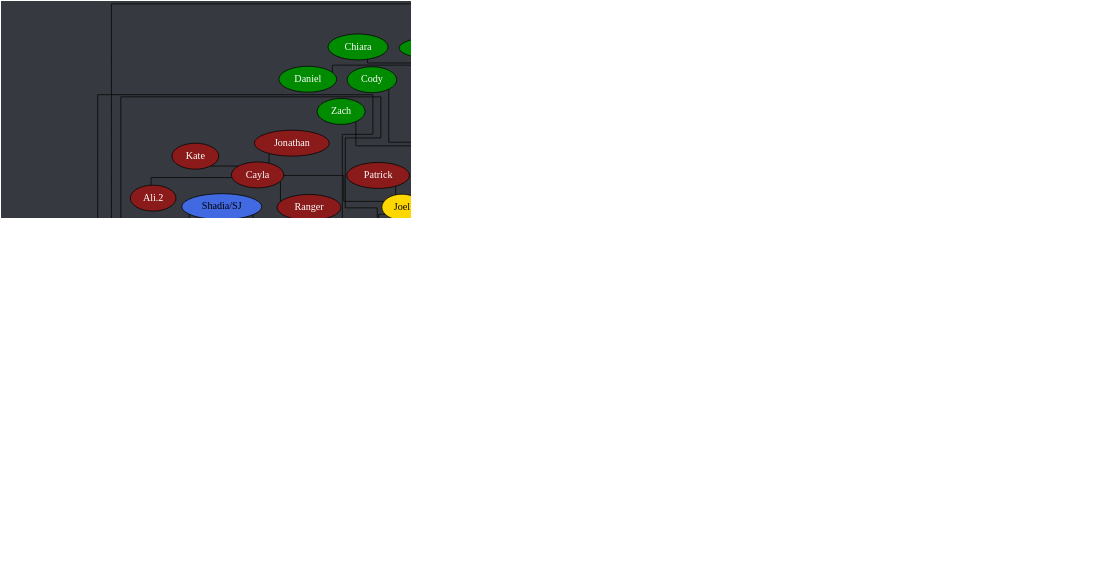
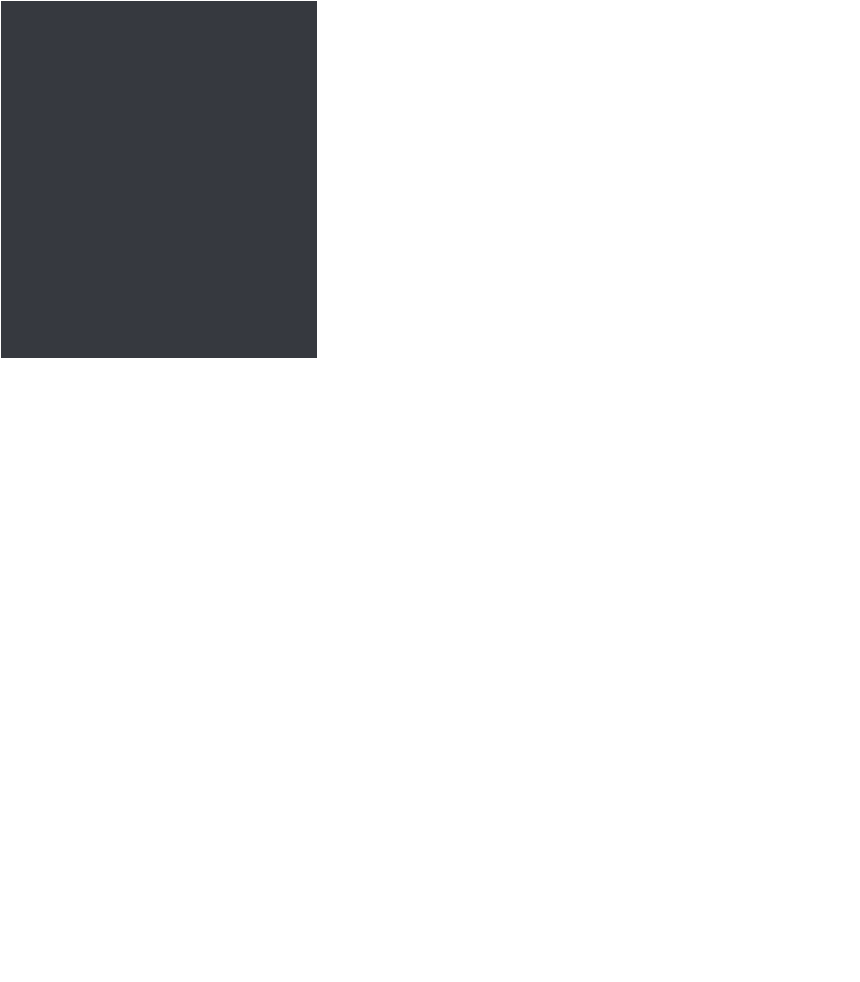
Before and after one commit to Documidas/CoronaCatzFamilyTree: the diagram in tree.dot, drawn with Graphviz. The commit also changed 1 other file, not shown here.

Commit message:
Add Tommy

```diff
--- a/tree.dot
+++ b/tree.dot
@@ -1,185 +1,186 @@
 strict graph {
 	// Layout Configuration
 	layout = neato;
 	dpi = 200;
 	epsilon = 0.01;
 	mode = major;
 	model = subset;
 	overlap = false;
 	splines = ortho;
 	start = rand;
 
 	// Visual Configuration
 	graph [ truecolor=true bgcolor="#36393f" ];
 	node [ style=filled fillcolor="gray" fontcolor="black" ];
 
 	subgraph "Joel" {
 		node [ style=filled fillcolor="firebrick4" fontcolor="white" ];
 		Joel [ style=filled fillcolor="gold" fontcolor="black" ];
 
 		Cayla -- "Ali.2";
 		Cayla -- Jonathan;
 		Cayla -- Kate;
 		Cayla -- Ranger;
 		Joel -- Anders;
 		Joel -- Cayla;
 		Joel -- Conner;
 		Joel -- Jared;
 		Joel -- Kat;
 		Joel -- Patrick;
 		Joel -- Steven;
 	}
 
 	subgraph "Anders" {
 		node [ style=filled fillcolor="green4" fontcolor="white" ];
 		// Anders [ style=filled fillcolor="green4" fontcolor="white" ];
 
 		Anders -- Chiara;
 		Anders -- Cody;
 		Anders -- Daniel;
 		Anders -- "Derek/Yaupon";
 		Anders -- DJ;
 		Anders -- Hahnur;
 		Anders -- Jen;
 		Anders -- "Matt.2";
 		Anders -- Solis;
 		Anders -- Will;
 		Anders -- Wyatt;
 		Anders -- Zach;
 	}
 
 	subgraph "Jared" {
 		node [ style=filled fillcolor="royalblue" fontcolor="black" ];
 		// Jared [ style=filled fillcolor="royalblue" fontcolor="black" ];
 
 		Andrew -- Hannah;
 		Carter -- Tom;
 		Cole -- "Shadia/SJ";
 		Dave -- Everett;
 		Donnie -- Bianca;
 		Donnie -- Bryan;
 		Donnie -- Troy;
 		Greg -- "Ali.1";
 		Greg -- Andrew;
 		Greg -- Carter;
 		Greg -- "John Boi";
 		Greg -- Tails;
 		Greg -- Tanyon;
 		Hannah -- Raana;
 		Jared -- Brandi;
 		Jared -- Dave;
 		Jared -- Donnie;
 		Jared -- Fabi;
 		Jared -- "Jack.2";
 		Jared -- Cole;
 		Jared -- Fitz;
 		Jared -- Kamon;
 		Jared -- Greg;
 		Jared -- Isabelle;
 		Jared -- Mason;
 		Jared -- "Matt.1";
 		Jared -- Mehmet;
 		Jared -- Nam;
 		Jared -- Pixie;
 		Jared -- Shannon;
 		Jared -- Spencer;
 		Jared -- Tyler;
 		Jared -- "Zach/Laniakea";
 		Jared -- Zoe;
 		"Shadia/SJ" -- Kalel;
+		"Shadia/SJ" -- Tommy;
 		Troy -- Drake;
 		Tyler -- Gaby;
 		Zoe -- Brandon;
 		Zoe -- Jasper;
 		Zoe -- Jacob;
 	}
 
 	subgraph "Zach/Laniakea" {
 		node [ style=filled fillcolor="#4eff2c" fontcolor="black" ];
 		// "Zach/Laniakea" [ style=filled fillcolor="#4eff2c" fontcolor="black" ];
 
 		"Caio.2" -- "Kyle.1";
 		"Caio.2" -- Lucas;
 		Kuri -- Drew;
 		Kuri -- Jon;
 		Kuri -- Karma;
 		"Ryan/Wenger" -- Gracie;
 		"Zach/Laniakea" -- Allen;
 		"Zach/Laniakea" -- "Caio.2";
 		"Zach/Laniakea" -- Colin;
 		"Zach/Laniakea" -- John;
 		"Zach/Laniakea" -- Logan;
 		"Zach/Laniakea" -- Kevin;
 		"Zach/Laniakea" -- Kuri;
 		"Zach/Laniakea" -- "Kyle.0";
 		"Zach/Laniakea" -- Mike;
 		"Zach/Laniakea" -- "Ryan/Wenger";
 		"Zach/Laniakea" -- "Ukko";
 	}
 
 	subgraph "John" {
 		node [ style=filled fillcolor="#c89b3c" fontcolor="black" ];
 		// John [ style=filled fillcolor="#c89b3c" fontcolor="black" ];
 
 		Haber -- "Derek/Nomad";
 		John -- Anna;
 		John -- Emily;
 		John -- Haber;
 		John -- Jay;
 		John -- Jack;
 		John -- Lara;
 		John -- Monarch;
 		John -- "Oliger/Leanza";
 		John -- Thomas;
 	}
 
 	subgraph "John-stream" {
 		// node [ style=filled fillcolor="#9147ff" fontcolor="black" ];
 		node [ style=filled fillcolor="#c89b3c" fontcolor="black" ];
 
 		John -- "Michael/Wheezy";
 	}
 
 	subgraph "Thomas" {
 		node [ style=filled fillcolor="#b04900" fontcolor="black" ];
 		// Thomas [ style=filled fillcolor="#b04900" fontcolor="black" ];
 
 		Thomas -- Alex;
 		Thomas -- Bob;
 		Thomas -- JD;
 		Thomas -- Josh;
 		Thomas -- Juan;
 		Thomas -- Michael;
 		Thomas -- Taylor;
 		Thomas -- Tony;
 		Thomas -- "Travis.1";
 		Thomas -- "Travis.2";
 		Tony -- GT;
 	}
 
 	subgraph "Alex" {
 		node [ style=filled fillcolor="#6f2da8" fontcolor="white" ];
 		// Alex [ style=filled fillcolor="#6f2da8" fontcolor="black" ];
 
 		Alex -- "Alex/Blitt";
 		Alex -- "Da'Von";
 		Alex -- Sam;
 		"Alex/Blitt" -- Alan;
 		"Alex/Blitt" -- "Alex the 3rd";
 		"Alex/Blitt" -- Brian;
 		"Alex/Blitt" -- Carlos;
 		"Alex/Blitt" -- Chris;
 		"Alex/Blitt" -- Frank;
 		"Alex/Blitt" -- Gabriel;
 		"Alex/Blitt" -- "Kyle.3";
 		"Alex/Blitt" -- Laske;
 		"Alex/Blitt" -- "Ryan.1";
 		"Alex/Blitt" -- "Sam.2";
 		"Da'Von" -- Dalton;
 		"Da'Von" -- Dalyn;
 		"Da'Von" -- Zeller;
 		Dalton -- Graysen;
 		Gabriel -- "Ryan.2";
 		Zeller -- Sierra;
 	}
 }
```
